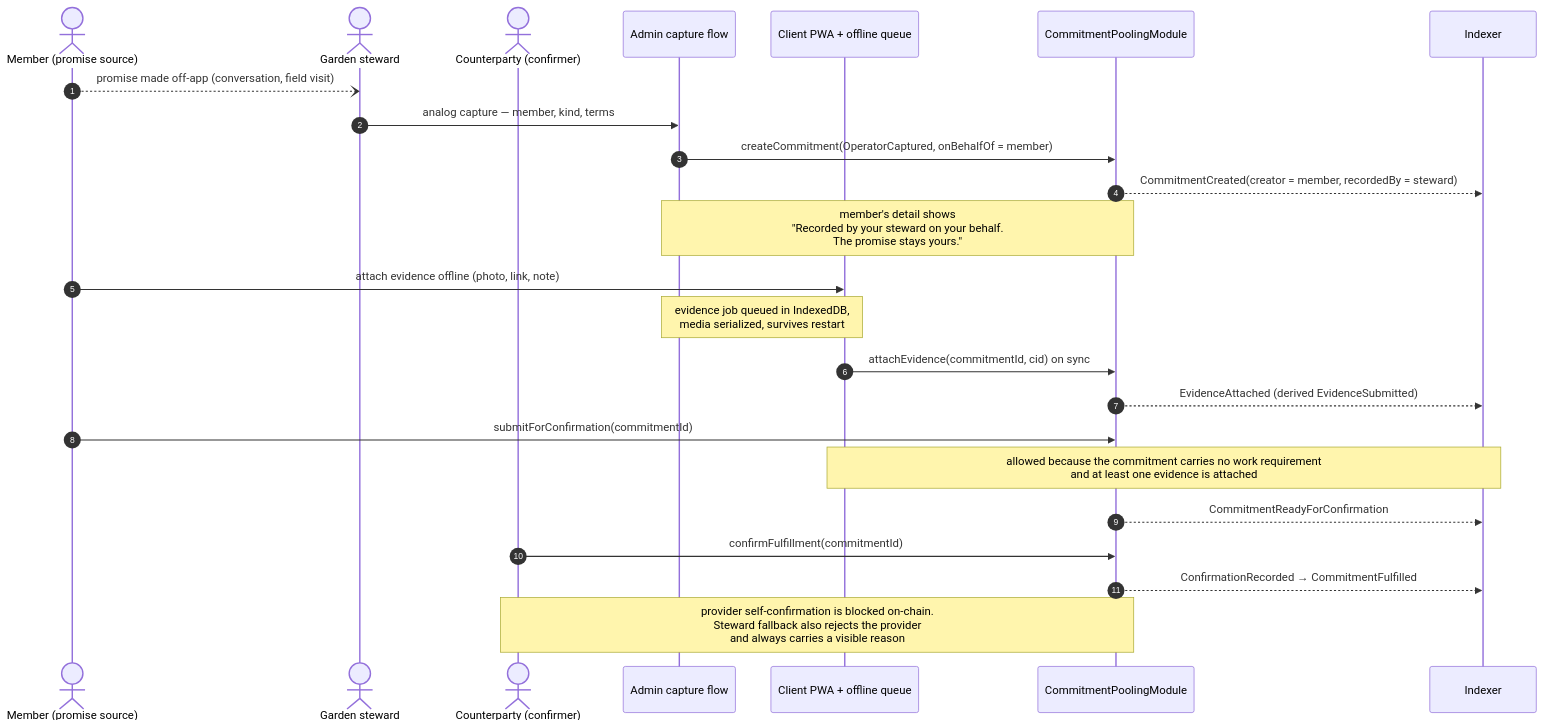
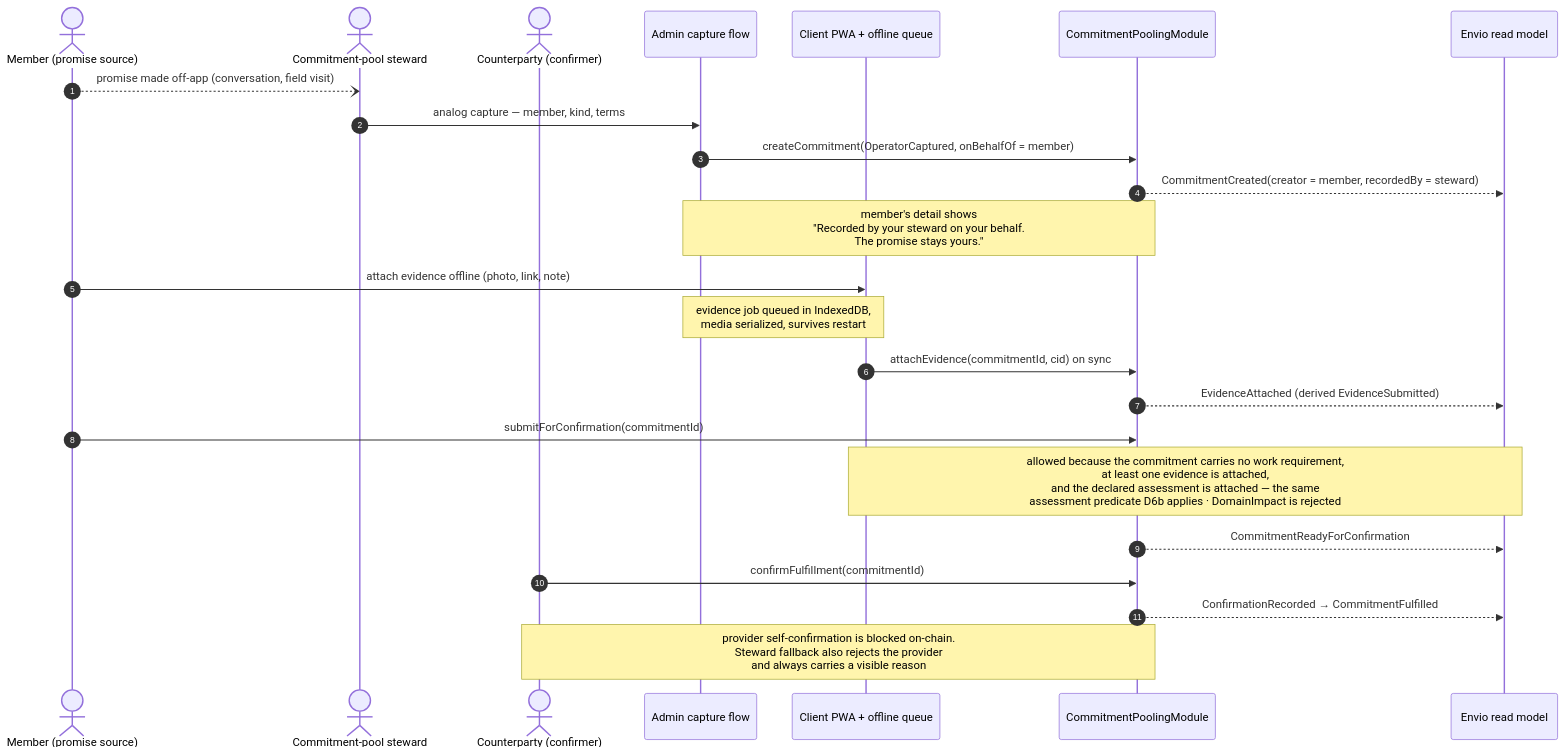
One commit to greenpill-dev-guild/green-goods changed the seventh of 32 diagrams in .plans/active/commitment-pooling/diagrams.md. Above: the diagram before and after it, drawn with Mermaid. The commit also changed other lines of this file and 5 other files, not shown here.

First line of the commit message:
docs(plans): commitment pooling architecture visual coherency pass (#659)

````diff
--- a/.plans/active/commitment-pooling/diagrams.md
+++ b/.plans/active/commitment-pooling/diagrams.md
@@ -285,27 +404,27 @@
 ```mermaid
 sequenceDiagram
   autonumber
   actor MEM as Member (promise source)
-  actor OP as Garden steward
+  actor OP as Commitment-pool steward
   actor CP as Counterparty (confirmer)
   participant ADM as Admin capture flow
   participant PWA as Client PWA + offline queue
   participant M as CommitmentPoolingModule
-  participant IDX as Indexer
+  participant IDX as Envio read model
 
   MEM--)OP: promise made off-app (conversation, field visit)
   OP->>ADM: analog capture — member, kind, terms
   ADM->>M: createCommitment(OperatorCaptured, onBehalfOf = member)
   M-->>IDX: CommitmentCreated(creator = member, recordedBy = steward)
   Note over ADM,M: member's detail shows<br/>"Recorded by your steward on your behalf.<br/>The promise stays yours."
   MEM->>PWA: attach evidence offline (photo, link, note)
   Note over ADM,PWA: evidence job queued in IndexedDB,<br/>media serialized, survives restart
   PWA->>M: attachEvidence(commitmentId, cid) on sync
   M-->>IDX: EvidenceAttached (derived EvidenceSubmitted)
   MEM->>M: submitForConfirmation(commitmentId)
-  Note over PWA,IDX: allowed because the commitment carries no work requirement<br/>and at least one evidence is attached
+  Note over PWA,IDX: allowed because the commitment carries no work requirement,<br/>at least one evidence is attached,<br/>and the declared assessment is attached — the same<br/>assessment predicate D6b applies · DomainImpact is rejected
   M-->>IDX: CommitmentReadyForConfirmation
   CP->>M: confirmFulfillment(commitmentId)
   M-->>IDX: ConfirmationRecorded → CommitmentFulfilled
   Note over CP,M: provider self-confirmation is blocked on-chain.<br/>Steward fallback also rejects the provider<br/>and always carries a visible reason
 ```
````
